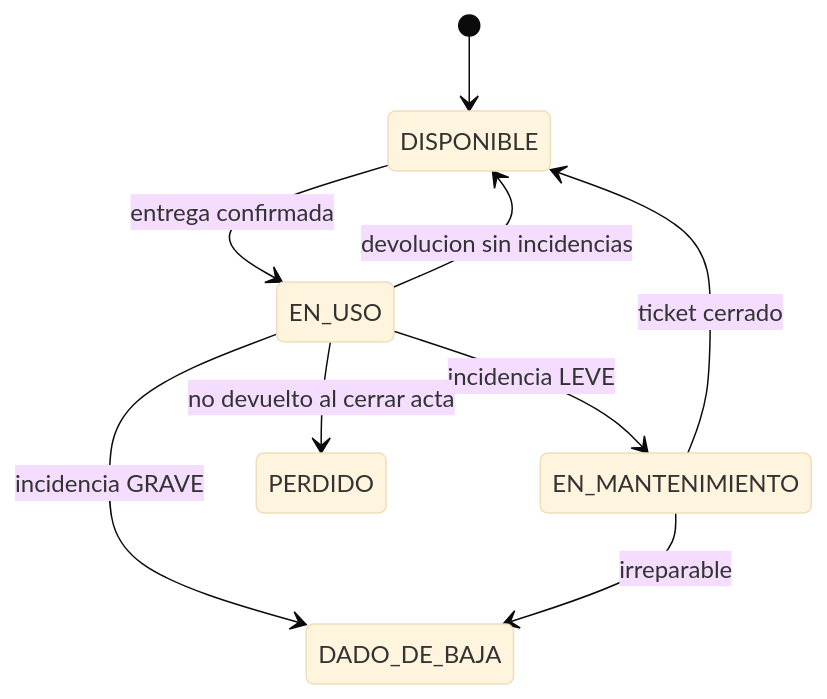
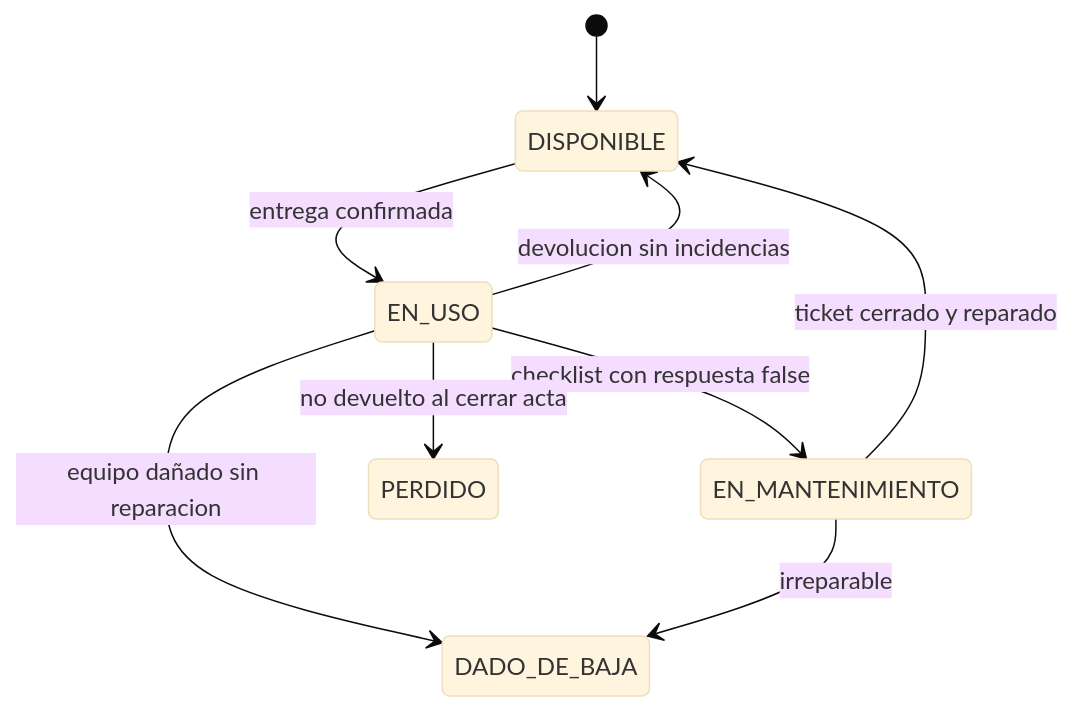
One commit to Kaito740/EquipManager changed the fifth of 5 diagrams in docs/architecture.md. Above: the diagram before and after it, drawn with Mermaid (base theme). The commit also changed other lines of this file, not shown here.

Commit message:
Update architecture docs: fix devolucion flow and estados transitions

````diff
--- a/docs/architecture.md
+++ b/docs/architecture.md
@@ -108,11 +102,11 @@
 ```mermaid
 stateDiagram-v2
     [*] --> DISPONIBLE
     DISPONIBLE --> EN_USO : entrega confirmada
     EN_USO --> DISPONIBLE : devolucion sin incidencias
-    EN_USO --> EN_MANTENIMIENTO : incidencia LEVE
-    EN_USO --> DADO_DE_BAJA : incidencia GRAVE
+    EN_USO --> EN_MANTENIMIENTO : checklist con respuesta false
+    EN_USO --> DADO_DE_BAJA : equipo dañado sin reparacion
     EN_USO --> PERDIDO : no devuelto al cerrar acta
-    EN_MANTENIMIENTO --> DISPONIBLE : ticket cerrado
+    EN_MANTENIMIENTO --> DISPONIBLE : ticket cerrado y reparado
     EN_MANTENIMIENTO --> DADO_DE_BAJA : irreparable
 ```
````
